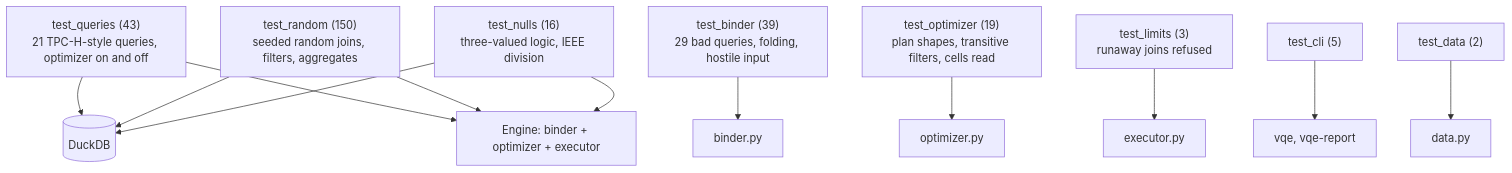
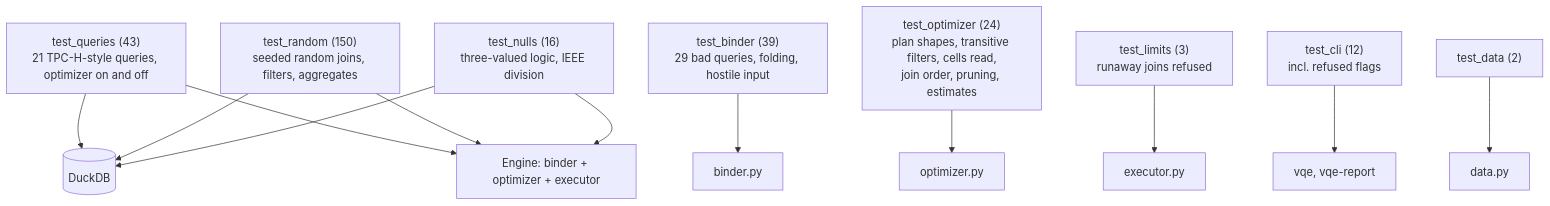
Before and after one commit to EquinoxWN/vectorized-query-engine: the second of 2 diagrams in README.md, drawn with Mermaid. The commit also changed other lines of this file and 5 other files, not shown here.

````diff
--- a/README.md
+++ b/README.md
@@ -114,12 +115,12 @@
 ```mermaid
 flowchart TB
   Q["test_queries (43)<br/>21 TPC-H-style queries, optimizer on and off"] --> DK[("DuckDB")]
   RD["test_random (150)<br/>seeded random joins, filters, aggregates"] --> DK
   N["test_nulls (16)<br/>three-valued logic, IEEE division"] --> DK
   Q & RD & N --> EN["Engine: binder + optimizer + executor"]
   BD["test_binder (39)<br/>29 bad queries, folding, hostile input"] --> BI["binder.py"]
-  OP["test_optimizer (19)<br/>plan shapes, transitive filters, cells read"] --> OPT["optimizer.py"]
+  OP["test_optimizer (24)<br/>plan shapes, transitive filters, cells read,<br/>join order, pruning, estimates"] --> OPT["optimizer.py"]
   LM["test_limits (3)<br/>runaway joins refused"] --> EX["executor.py"]
-  CL["test_cli (5)"] --> CLI["vqe, vqe-report"]
+  CL["test_cli (12)<br/>incl. refused flags"] --> CLI["vqe, vqe-report"]
   DT["test_data (2)"] --> DA["data.py"]
 ```
````
